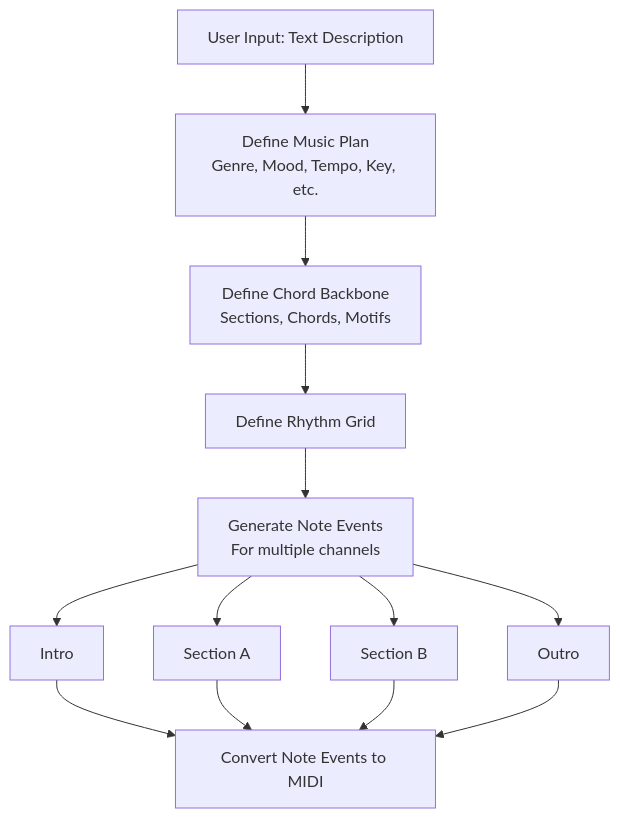
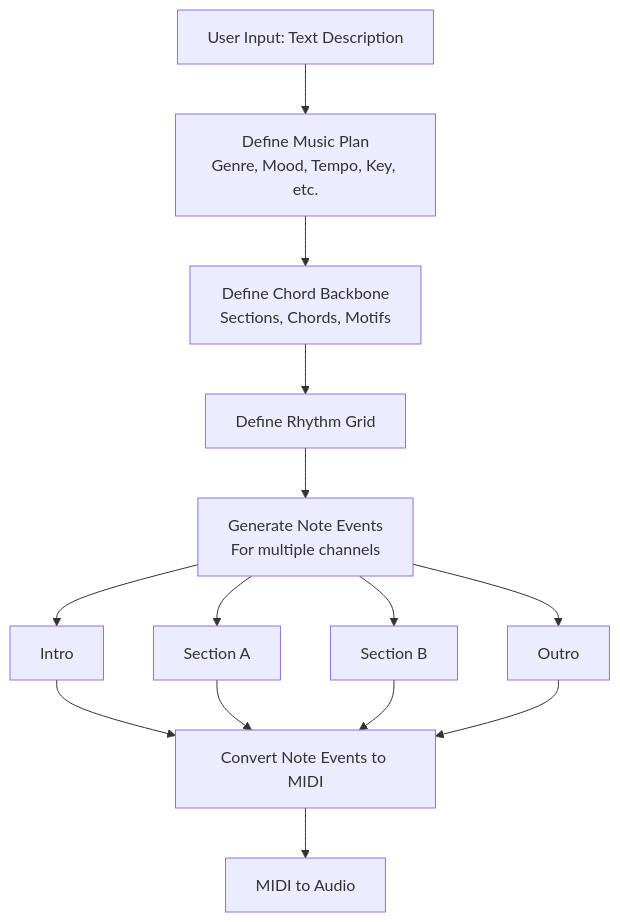
The first of 2 diagrams in README.md (monitus2022/AnyLLM2Music-backend), drawn with Mermaid before and after one commit. The commit also changed other lines of this file and 2 other files, not shown here.

````diff
--- a/README.md
+++ b/README.md
@@ -9,15 +9,16 @@
 ```mermaid
 graph TD;
     A[User Input: Text Description] --> B[Define Music Plan<br/>Genre, Mood, Tempo, Key, etc.];
     B --> C[Define Chord Backbone<br/>Sections, Chords, Motifs];
     C --> D[Define Rhythm Grid];
     D --> E[Generate Note Events<br/>For multiple channels];
     E --> E1[Intro];
     E --> E2[Section A];
     E --> E3[Section B];
     E --> E4[Outro];
     E1 --> F[Convert Note Events to MIDI];
     E2 --> F
     E3 --> F
     E4 --> F
+    F --> G[MIDI to Audio]
 ```
````
